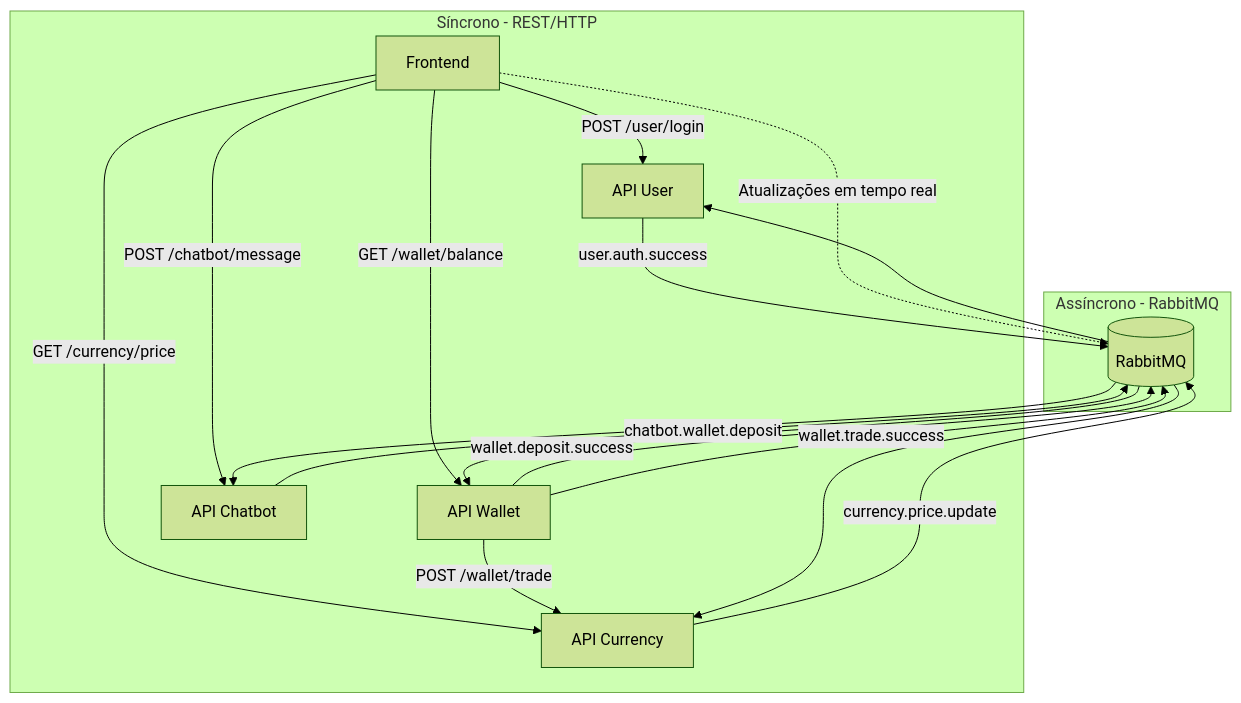
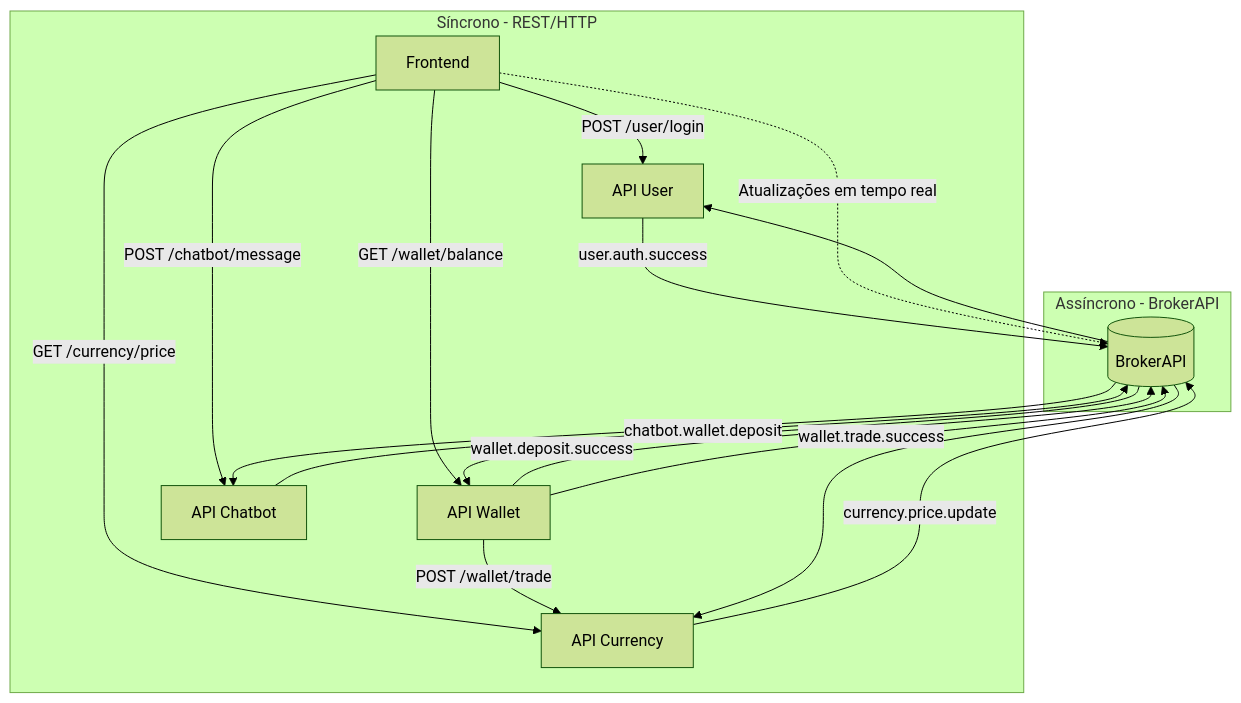
Before and after one commit to profAndreSouza/AMS5_TradeHolding: the third of 3 diagrams in doc/comm_sync_async.md, drawn with Mermaid (forest theme). The commit also changed other lines of this file, not shown here.

````diff
--- a/doc/comm_sync_async.md
+++ b/doc/comm_sync_async.md
@@ -302,26 +302,26 @@
 ```mermaid
 graph TD
 
     subgraph Sincrono [Síncrono - REST/HTTP]
         FE[Frontend] -->|POST /user/login| U[API User]
         FE -->|GET /wallet/balance| W[API Wallet]
         FE -->|GET /currency/price| C[API Currency]
         FE -->|POST /chatbot/message| CB[API Chatbot]
         W -->|POST /wallet/trade| C
     end
 
-    subgraph Assincrono [Assíncrono - RabbitMQ]
-        U -->|user.auth.success| MQ[(RabbitMQ)]
+    subgraph Assincrono [Assíncrono - BrokerAPI]
+        U -->|user.auth.success| MQ[(BrokerAPI)]
         W -->|wallet.deposit.success| MQ
         W -->|wallet.trade.success| MQ
         C -->|currency.price.update| MQ
         CB -->|chatbot.wallet.deposit| MQ
 
         MQ --> U
         MQ --> W
         MQ --> C
         MQ --> CB
     end
 
     FE -.->|Atualizações em tempo real| MQ
 ```
````
